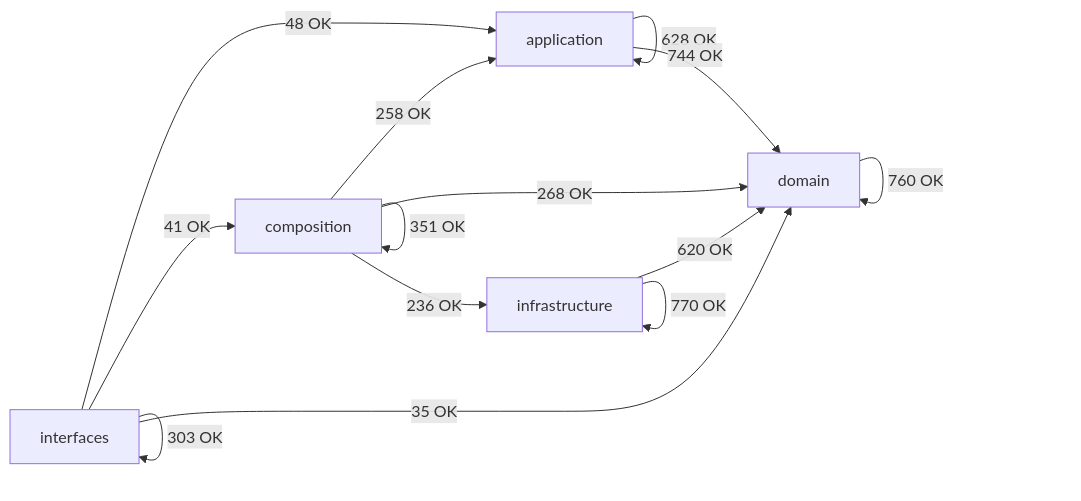
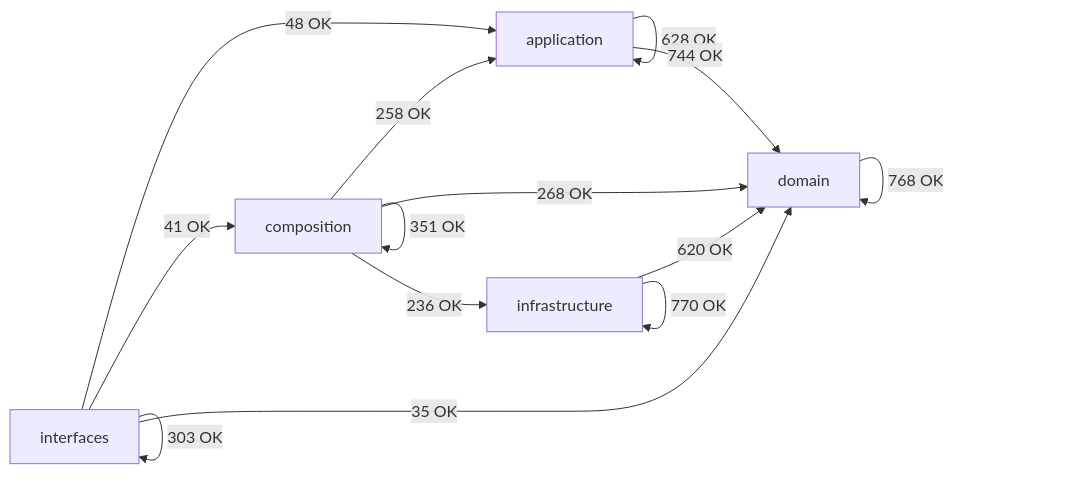
One commit to SatoryKono/BioactivityDataAcquisition changed the diagram in docs/02-architecture/generated/module-dependency-map.md. Above: the diagram before and after it, drawn with Mermaid. The commit also changed other lines of this file and 40 other files, not shown here.

````diff
--- a/docs/02-architecture/generated/module-dependency-map.md
+++ b/docs/02-architecture/generated/module-dependency-map.md
@@ -17,21 +17,21 @@
 ```mermaid
 flowchart LR
     domain[domain]
     application[application]
     infrastructure[infrastructure]
     composition[composition]
     interfaces[interfaces]
     application -->|628 OK| application
     application -->|744 OK| domain
     composition -->|258 OK| application
     composition -->|351 OK| composition
     composition -->|268 OK| domain
     composition -->|236 OK| infrastructure
-    domain -->|760 OK| domain
+    domain -->|768 OK| domain
     infrastructure -->|620 OK| domain
     infrastructure -->|770 OK| infrastructure
     interfaces -->|48 OK| application
     interfaces -->|41 OK| composition
     interfaces -->|35 OK| domain
     interfaces -->|303 OK| interfaces
 ```
````
